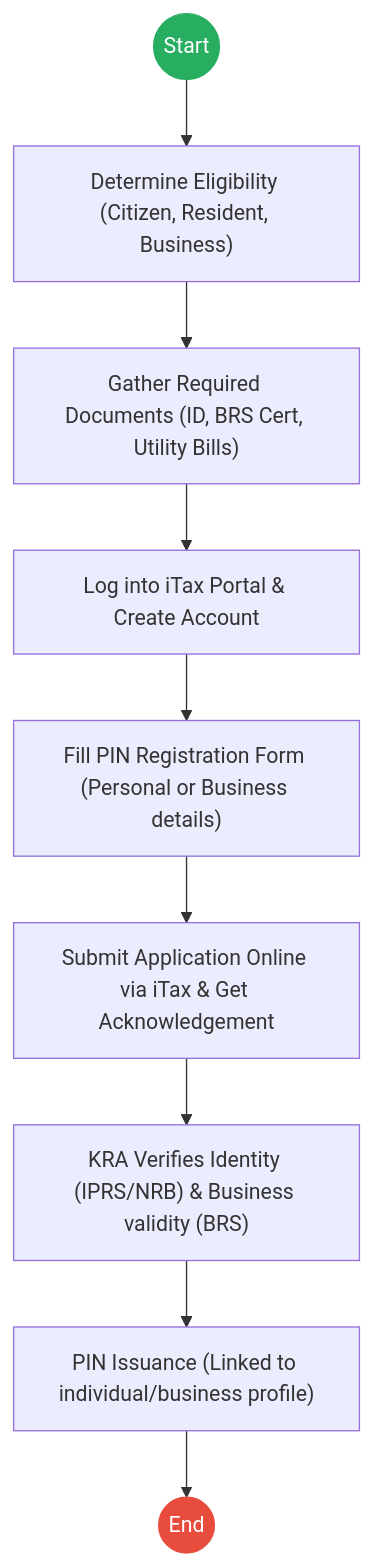
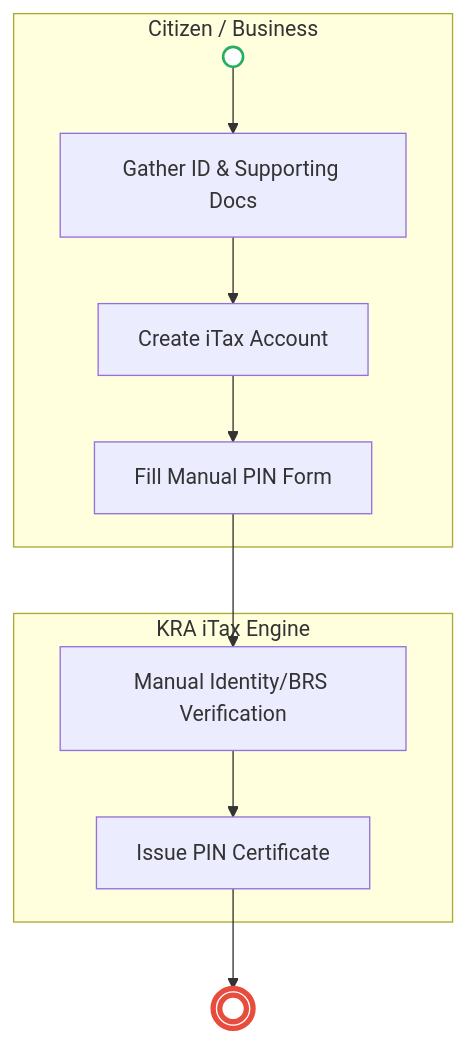
Before and after one commit to BITZ-IT-Consulting-LTD/ictapoc: the first of 4 diagrams in mdas/docs_final/Kenya_Revenue_Authority___Tax_Return_Filing.md, drawn with Mermaid. The commit also changed other lines of this file and 13 other files, not shown here.

````diff
--- a/mdas/docs_final/Kenya_Revenue_Authority___Tax_Return_Filing.md
+++ b/mdas/docs_final/Kenya_Revenue_Authority___Tax_Return_Filing.md
@@ -20,16 +20,18 @@
 ```mermaid
-graph TD
-    Start((Start)) --> S1
-    S1["Determine Eligibility (Citizen, Resident, Business)"] --> S2
-    S2["Gather Required Documents (ID, BRS Cert, Utility Bills)"] --> S3
-    S3["Log into iTax Portal & Create Account"] --> S4
-    S4["Fill PIN Registration Form (Personal or Business details)"] --> S5
-    S5["Submit Application Online via iTax & Get Acknowledgement"] --> S6
-    S6["KRA Verifies Identity (IPRS/NRB) & Business validity (BRS)"] --> S7
-    S7["PIN Issuance (Linked to individual/business profile)"] --> End((End))
+flowchart TD
+    subgraph Applicant["Citizen / Business"]
+        Start(( )) --> A1[Gather ID & Supporting Docs]
+        A1 --> A2[Create iTax Account]
+        A2 --> A3[Fill Manual PIN Form]
+    end
 
-    classDef start fill:#27ae60,stroke:#27ae60,color:#fff;
-    classDef endNode fill:#e74c3c,stroke:#e74c3c,color:#fff;
-    class Start start;
-    class End endNode;
+    subgraph KRA["KRA iTax Engine"]
+        A3 --> B1[Manual Identity/BRS Verification]
+        B1 --> B2[Issue PIN Certificate]
+    end
+
+    B2 --> End((( )))
+
+    style Start fill:#fff,stroke:#27ae60,stroke-width:2px
+    style End fill:#fff,stroke:#e74c3c,stroke-width:4px
 ```
````
